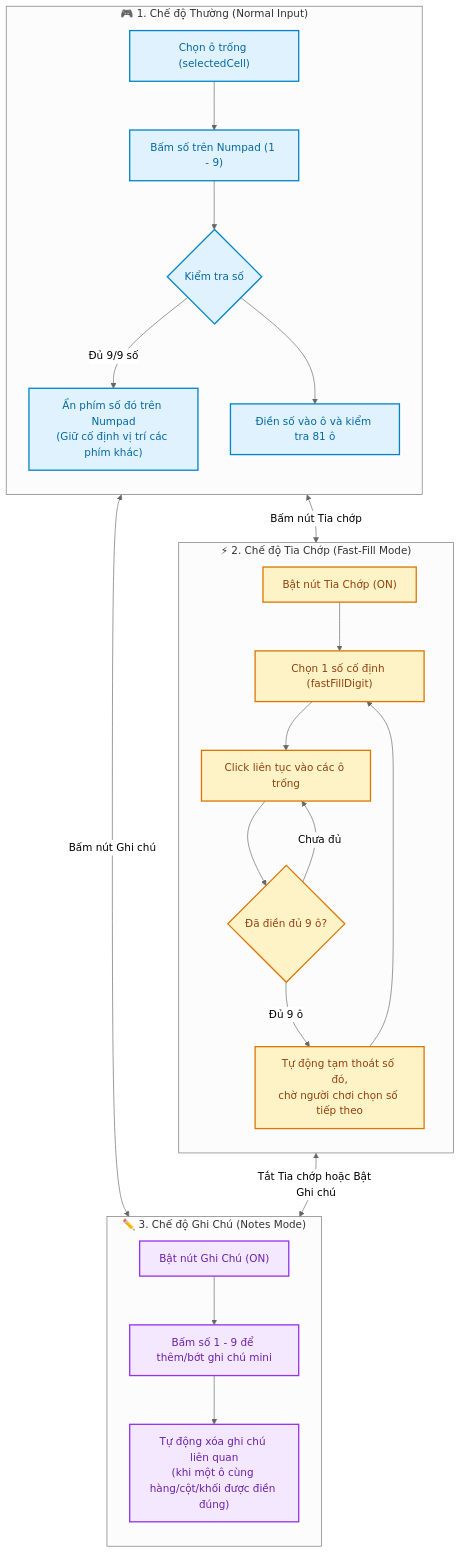
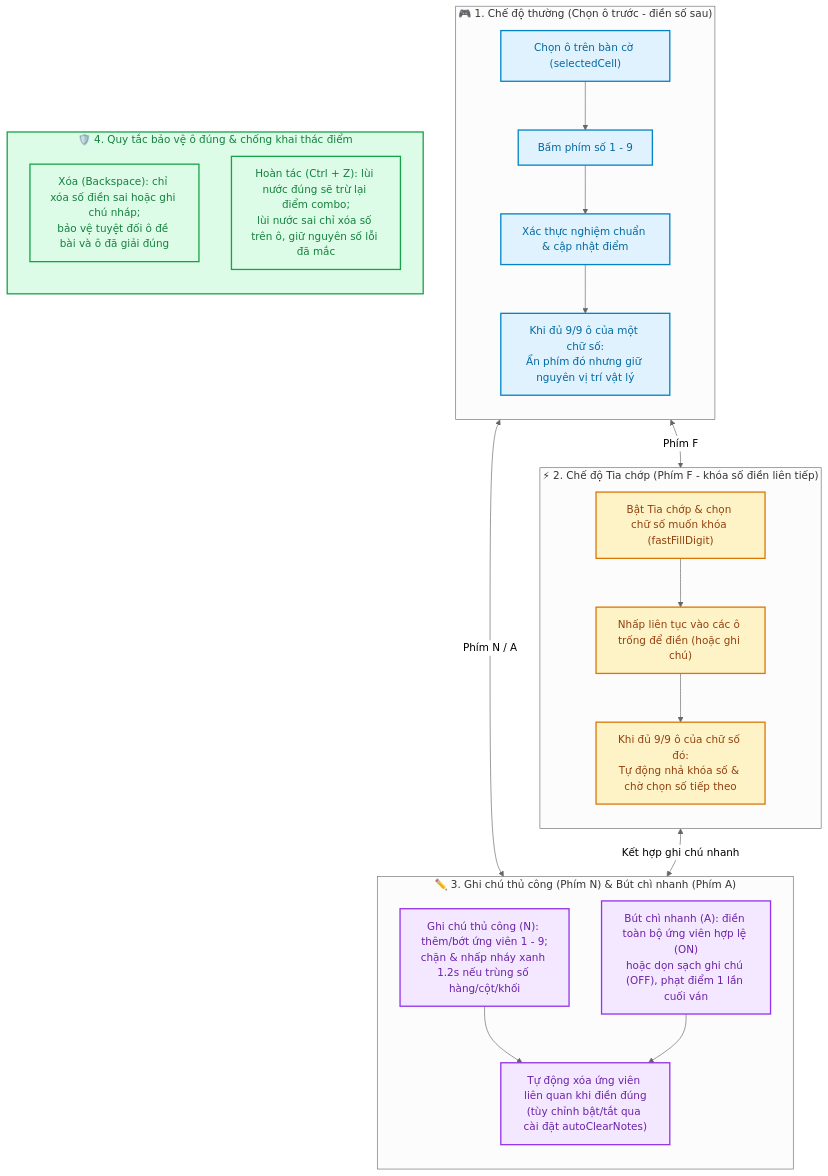
One commit to Jhanh/Sudoku_game changed the second of 3 diagrams in docs/02_game_state_lifecycle.md. Above: the diagram before and after it, drawn with Mermaid (neutral theme). The commit also changed other lines of this file and 4 other files, not shown here.

````diff
--- a/docs/02_game_state_lifecycle.md
+++ b/docs/02_game_state_lifecycle.md
@@ -63,49 +75,47 @@
 ```mermaid
 flowchart TD
     classDef normal fill:#E0F2FE,stroke:#0284C7,stroke-width:2px,color:#0369A1;
     classDef fast fill:#FEF3C7,stroke:#D97706,stroke-width:2px,color:#92400E;
     classDef note fill:#F3E8FF,stroke:#9333EA,stroke-width:2px,color:#6B21A8;
+    classDef guard fill:#DCFCE7,stroke:#16A34A,stroke-width:2px,color:#15803D;
 
-    subgraph MODE_NORMAL ["🎮 1. Chế độ Thường (Normal Input)"]
+    subgraph MODE_NORMAL ["🎮 1. Chế độ thường (Chọn ô trước - điền số sau)"]
         direction TB
-        NORM_SEL["Chọn ô trống (selectedCell)"]
-        NORM_INP["Bấm số trên Numpad (1 - 9)"]
-        NORM_CHK{"Kiểm tra số"}
-        NORM_OK["Điền số vào ô và kiểm tra 81 ô"]
-        
-        NORM_SEL --> NORM_INP --> NORM_CHK
-        NORM_CHK -->|"Đủ 9/9 số"| NORM_HIDE["Ẩn phím số đó trên Numpad<br/>(Giữ cố định vị trí các phím khác)"]
-        NORM_CHK --> NORM_OK
+        NORM_SEL["Chọn ô trên bàn cờ (selectedCell)"]
+        NORM_INP["Bấm phím số 1 - 9"]
+        NORM_RES["Xác thực nghiệm chuẩn & cập nhật điểm"]
+        NORM_HIDE["Khi đủ 9/9 ô của một chữ số:<br/>Ẩn phím đó nhưng giữ nguyên vị trí vật lý"]
+        NORM_SEL --> NORM_INP --> NORM_RES --> NORM_HIDE
     end
-    class MODE_NORMAL,NORM_SEL,NORM_INP,NORM_CHK,NORM_OK,NORM_HIDE normal;
+    class MODE_NORMAL,NORM_SEL,NORM_INP,NORM_RES,NORM_HIDE normal;
 
-    subgraph MODE_FAST ["⚡ 2. Chế độ Tia Chớp (Fast-Fill Mode)"]
+    subgraph MODE_FAST ["⚡ 2. Chế độ Tia chớp (Phím F - khóa số điền liên tiếp)"]
         direction TB
-        FAST_TOGGLE["Bật nút Tia Chớp (ON)"]
-        FAST_DIGIT["Chọn 1 số cố định (fastFillDigit)"]
-        FAST_TAP["Click liên tục vào các ô trống"]
-        FAST_CHK{"Đã điền đủ 9 ô?"}
-        FAST_RESET["Tự động tạm thoát số đó,<br/>chờ người chơi chọn số tiếp theo"]
+        FAST_ON["Bật Tia chớp & chọn chữ số muốn khóa (fastFillDigit)"]
+        FAST_CLICK["Nhấp liên tục vào các ô trống để điền (hoặc ghi chú)"]
+        FAST_DONE["Khi đủ 9/9 ô của chữ số đó:<br/>Tự động nhả khóa số & chờ chọn số tiếp theo"]
+        FAST_ON --> FAST_CLICK --> FAST_DONE
+    end
+    class MODE_FAST,FAST_ON,FAST_CLICK,FAST_DONE fast;
 
-        FAST_TOGGLE --> FAST_DIGIT --> FAST_TAP --> FAST_CHK
-        FAST_CHK -->|"Đủ 9 ô"| FAST_RESET
-        FAST_CHK -->|"Chưa đủ"| FAST_TAP
-        FAST_RESET --> FAST_DIGIT
+    subgraph MODE_NOTES ["✏️ 3. Ghi chú thủ công (Phím N) & Bút chì nhanh (Phím A)"]
+        direction TB
+        NOTE_MANUAL["Ghi chú thủ công (N): thêm/bớt ứng viên 1 - 9;<br/>chặn & nhấp nháy xanh 1.2s nếu trùng số hàng/cột/khối"]
+        NOTE_AUTO["Bút chì nhanh (A): điền toàn bộ ứng viên hợp lệ (ON)<br/>hoặc dọn sạch ghi chú (OFF), phạt điểm 1 lần cuối ván"]
+        NOTE_CLEAR["Tự động xóa ứng viên liên quan khi điền đúng<br/>(tùy chỉnh bật/tắt qua cài đặt autoClearNotes)"]
+        NOTE_MANUAL --> NOTE_CLEAR
+        NOTE_AUTO --> NOTE_CLEAR
     end
-    class MODE_FAST,FAST_TOGGLE,FAST_DIGIT,FAST_TAP,FAST_CHK,FAST_RESET fast;
+    class MODE_NOTES,NOTE_MANUAL,NOTE_AUTO,NOTE_CLEAR note;
 
-    subgraph MODE_NOTES ["✏️ 3. Chế độ Ghi Chú (Notes Mode)"]
+    subgraph GUARD_RULES ["🛡️ 4. Quy tắc bảo vệ ô đúng & chống khai thác điểm"]
         direction TB
-        NOTE_TOGGLE["Bật nút Ghi Chú (ON)"]
-        NOTE_INP["Bấm số 1 - 9 để thêm/bớt ghi chú mini"]
-        NOTE_AUTO["Tự động xóa ghi chú liên quan<br/>(khi một ô cùng hàng/cột/khối được điền đúng)"]
+        RULE_ERASE["Xóa (Backspace): chỉ xóa số điền sai hoặc ghi chú nháp;<br/>bảo vệ tuyệt đối ô đề bài và ô đã giải đúng"]
+        RULE_UNDO["Hoàn tác (Ctrl + Z): lùi nước đúng sẽ trừ lại điểm combo;<br/>lùi nước sai chỉ xóa số trên ô, giữ nguyên số lỗi đã mắc"]
+    end
+    class GUARD_RULES,RULE_ERASE,RULE_UNDO guard;
 
-        NOTE_TOGGLE --> NOTE_INP --> NOTE_AUTO
-    end
-    class MODE_NOTES,NOTE_TOGGLE,NOTE_INP,NOTE_AUTO note;
-
-    %% Chuyển đổi hai chiều giữa các chế độ
-    MODE_NORMAL <-->|"Bấm nút Tia chớp"| MODE_FAST
-    MODE_NORMAL <-->|"Bấm nút Ghi chú"| MODE_NOTES
-    MODE_FAST <-->|"Tắt Tia chớp hoặc Bật Ghi chú"| MODE_NOTES
+    MODE_NORMAL <-->|"Phím F"| MODE_FAST
+    MODE_NORMAL <-->|"Phím N / A"| MODE_NOTES
+    MODE_FAST <-->|"Kết hợp ghi chú nhanh"| MODE_NOTES
 ```
````
